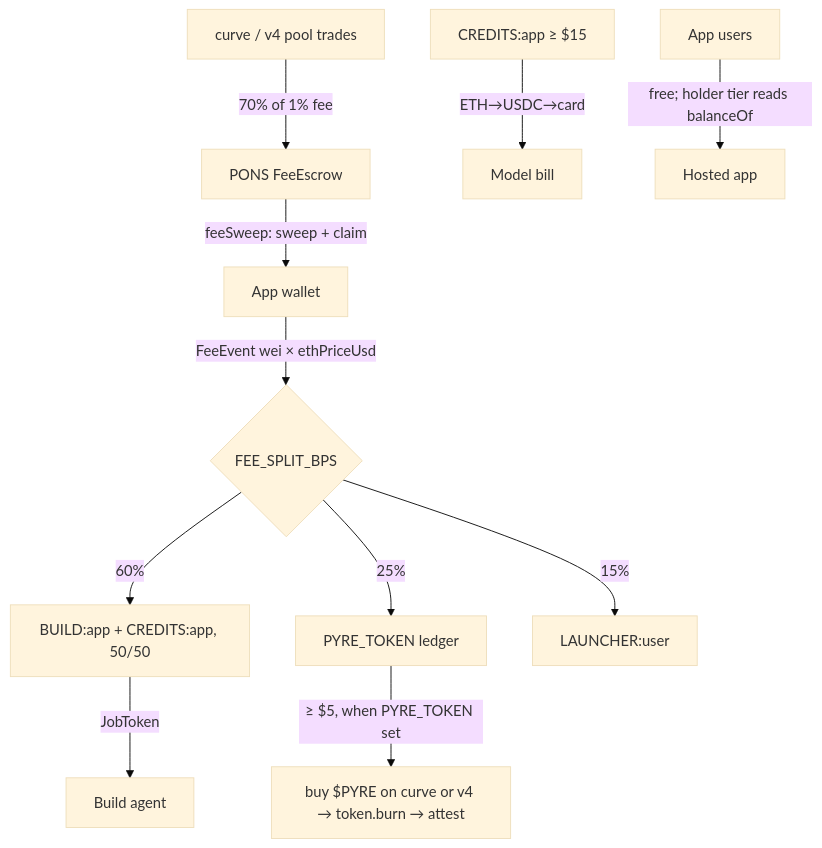
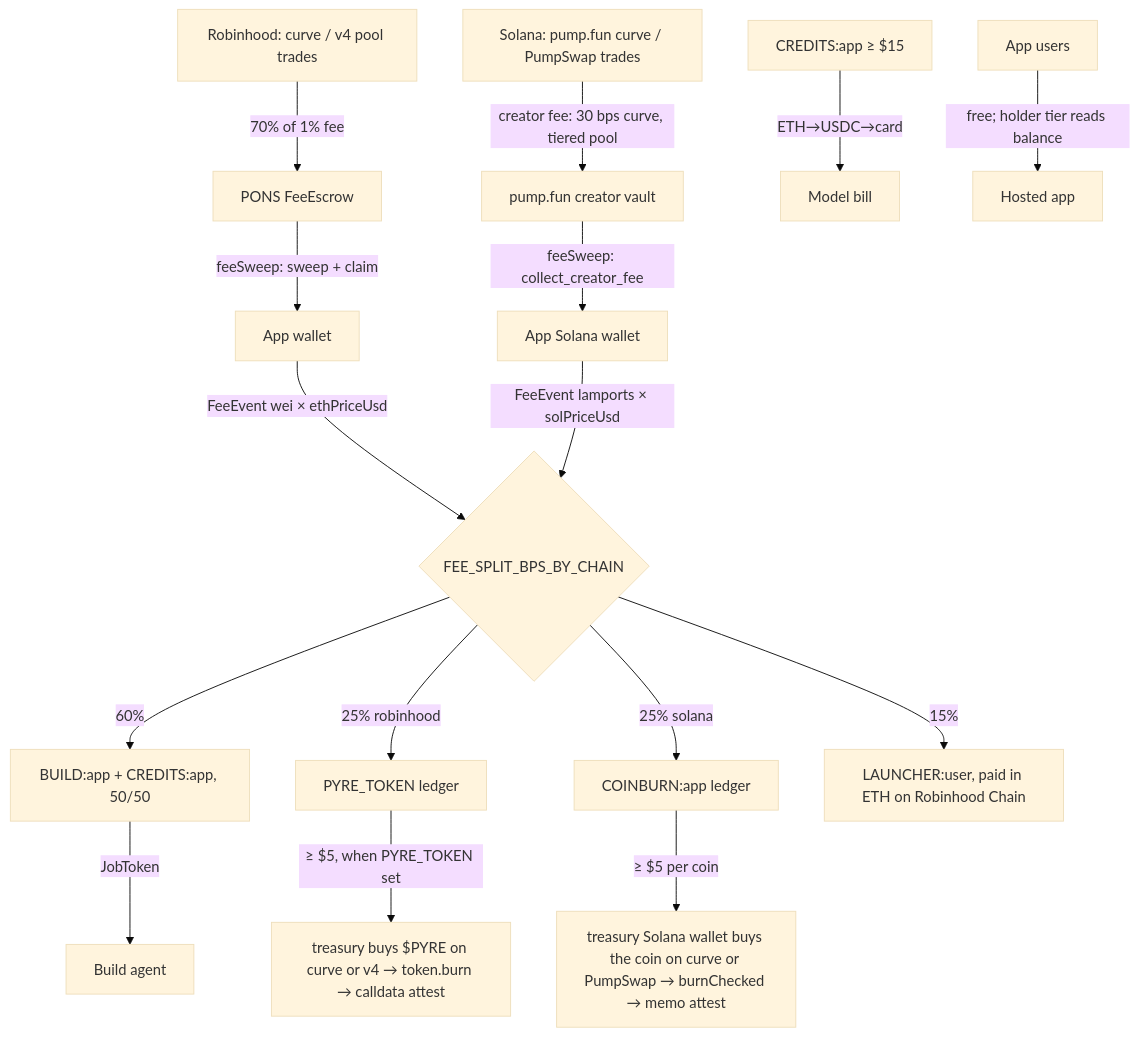
The third of 3 diagrams in docs/architecture.md (realdoomsman/pyre), drawn with Mermaid (base theme) before and after one commit. The commit also changed other lines of this file and 163 other files, not shown here.

Commit message:
multichain: Solana + pump.fun venue behind a venue adapter; per-chain stake, fee split, coin burns with memo attestation; venue-aware api/runner/web/docs

````diff
--- a/docs/architecture.md
+++ b/docs/architecture.md
@@ -82,13 +108,18 @@
 ```mermaid
 flowchart TD
-  Trades[curve / v4 pool trades] -->|70% of 1% fee| Escrow[PONS FeeEscrow]
+  TradesR[Robinhood: curve / v4 pool trades] -->|70% of 1% fee| Escrow[PONS FeeEscrow]
   Escrow -->|feeSweep: sweep + claim| AW[App wallet]
-  AW -->|FeeEvent wei × ethPriceUsd| Split{FEE_SPLIT_BPS}
+  TradesS[Solana: pump.fun curve / PumpSwap trades] -->|creator fee: 30 bps curve, tiered pool| Vault[pump.fun creator vault]
+  Vault -->|feeSweep: collect_creator_fee| AWS[App Solana wallet]
+  AW -->|FeeEvent wei × ethPriceUsd| Split{FEE_SPLIT_BPS_BY_CHAIN}
+  AWS -->|FeeEvent lamports × solPriceUsd| Split
   Split -->|60%| Build[BUILD:app + CREDITS:app, 50/50]
-  Split -->|25%| PYRE[PYRE_TOKEN ledger]
-  Split -->|15%| Launcher[LAUNCHER:user]
+  Split -->|25% robinhood| PYRE[PYRE_TOKEN ledger]
+  Split -->|25% solana| CB[COINBURN:app ledger]
+  Split -->|15%| Launcher[LAUNCHER:user, paid in ETH on Robinhood Chain]
   Build -->|JobToken| Agent[Build agent]
   CREDITS[CREDITS:app ≥ $15] -->|ETH→USDC→card| Model[Model bill]
-  Users[App users] -->|free; holder tier reads balanceOf| App[Hosted app]
-  PYRE -->|≥ $5, when PYRE_TOKEN set| PBurn[buy $PYRE on curve or v4 → token.burn → attest]
+  Users[App users] -->|free; holder tier reads balance| App[Hosted app]
+  PYRE -->|≥ $5, when PYRE_TOKEN set| PBurn[treasury buys $PYRE on curve or v4 → token.burn → calldata attest]
+  CB -->|≥ $5 per coin| CBurn[treasury Solana wallet buys the coin on curve or PumpSwap → burnChecked → memo attest]
 ```
````
